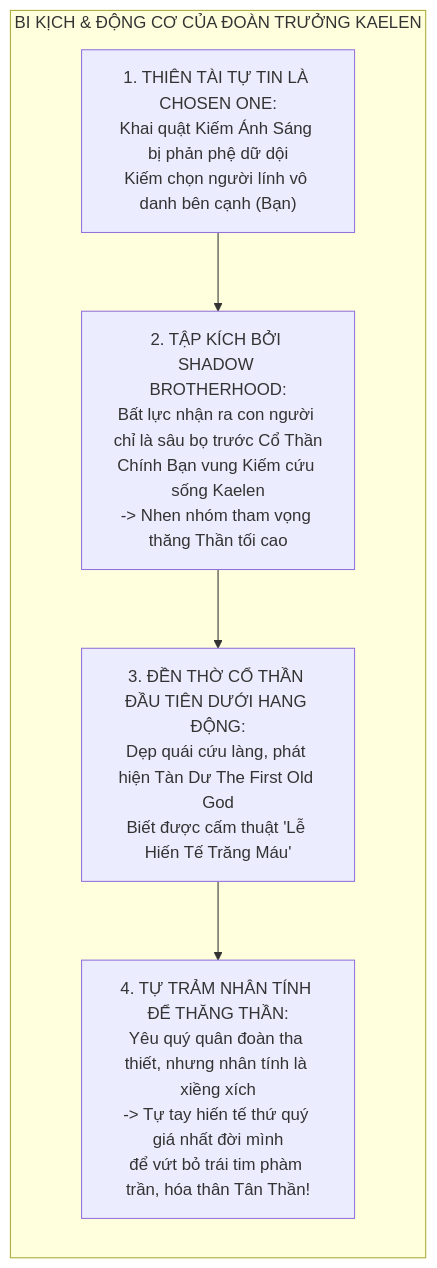
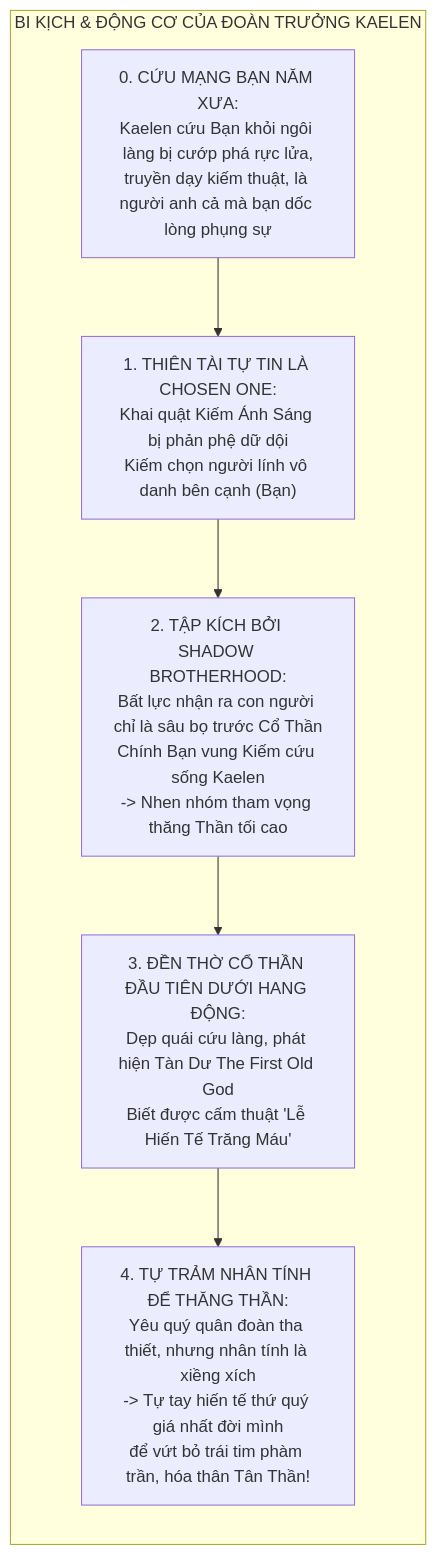
One commit to FPTU-Felix/GODSHACKLE changed the second of 4 diagrams in KICH_BAN_VA_COT_TRUYEN.md. Above: the diagram before and after it, drawn with Mermaid. The commit also changed other lines of this file and 5 other files, not shown here.

````diff
--- a/KICH_BAN_VA_COT_TRUYEN.md
+++ b/KICH_BAN_VA_COT_TRUYEN.md
@@ -40,9 +55,10 @@
 ```mermaid
 flowchart LR
     subgraph BETRAYAL_LORE["BI KỊCH & ĐỘNG CƠ CỦA ĐOÀN TRƯỞNG KAELEN"]
-        K1["1. THIÊN TÀI TỰ TIN LÀ CHOSEN ONE:\nKhai quật Kiếm Ánh Sáng bị phản phệ dữ dội\nKiếm chọn người lính vô danh bên cạnh (Bạn)"]
+        K0["0. CỨU MẠNG BẠN NĂM XƯA:\nKaelen cứu Bạn khỏi ngôi làng bị cướp phá rực lửa,\ntruyền dạy kiếm thuật, là người anh cả mà bạn dốc lòng phụng sự"]
+        --> K1["1. THIÊN TÀI TỰ TIN LÀ CHOSEN ONE:\nKhai quật Kiếm Ánh Sáng bị phản phệ dữ dội\nKiếm chọn người lính vô danh bên cạnh (Bạn)"]
         --> K2["2. TẬP KÍCH BỞI SHADOW BROTHERHOOD:\nBất lực nhận ra con người chỉ là sâu bọ trước Cổ Thần\nChính Bạn vung Kiếm cứu sống Kaelen\n-> Nhen nhóm tham vọng thăng Thần tối cao"]
         --> K3["3. ĐỀN THỜ CỔ THẦN ĐẦU TIÊN DƯỚI HANG ĐỘNG:\nDẹp quái cứu làng, phát hiện Tàn Dư The First Old God\nBiết được cấm thuật 'Lễ Hiến Tế Trăng Máu'"]
         --> K4["4. TỰ TRẢM NHÂN TÍNH ĐỂ THĂNG THẦN:\nYêu quý quân đoàn tha thiết, nhưng nhân tính là xiềng xích\n-> Tự tay hiến tế thứ quý giá nhất đời mình\nđể vứt bỏ trái tim phàm trần, hóa thân Tân Thần!"]
     end
 ```
````
